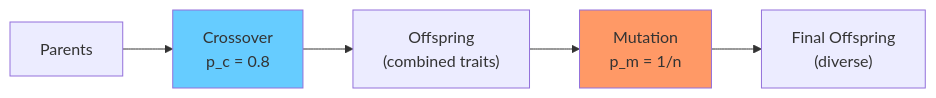
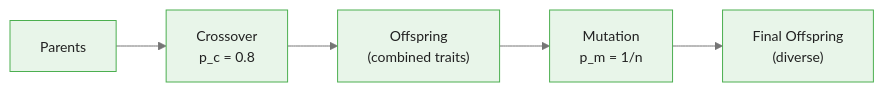
One commit to m-deane/course-creator changed the first of 4 diagrams in courses/genetic-algorithms-feature-selection/modules/module_01_ga_fundamentals/guides/03_genetic_operators_slides.md. Above: the diagram before and after it, drawn with Mermaid. The commit also changed other lines of this file and 52 other files, not shown here.

````diff
--- a/courses/genetic-algorithms-feature-selection/modules/module_01_ga_fundamentals/guides/03_genetic_operators_slides.md
+++ b/courses/genetic-algorithms-feature-selection/modules/module_01_ga_fundamentals/guides/03_genetic_operators_slides.md
@@ -23,9 +23,8 @@
 ```mermaid
+%%{init: {"theme": "base", "themeVariables": {"primaryColor": "#e8f5e9", "primaryBorderColor": "#4caf50", "primaryTextColor": "#212121", "secondaryColor": "#e3f2fd", "tertiaryColor": "#fff8e1", "lineColor": "#757575", "fontFamily": "Inter, sans-serif", "fontSize": "14px"}}}%%
 flowchart LR
     A[Parents] --> B["Crossover<br/>p_c = 0.8"]
     B --> C["Offspring<br/>(combined traits)"]
     C --> D["Mutation<br/>p_m = 1/n"]
     D --> E["Final Offspring<br/>(diverse)"]
-    style B fill:#6cf
-    style D fill:#f96
 ```
````
